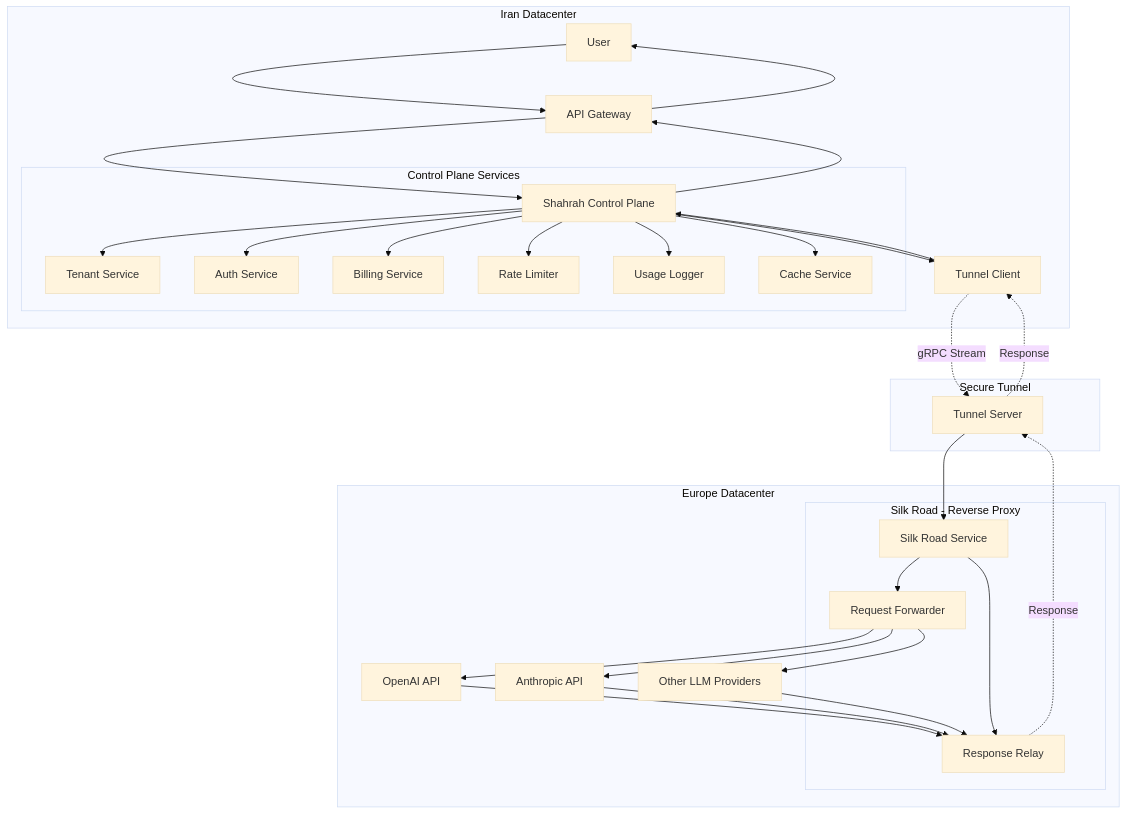
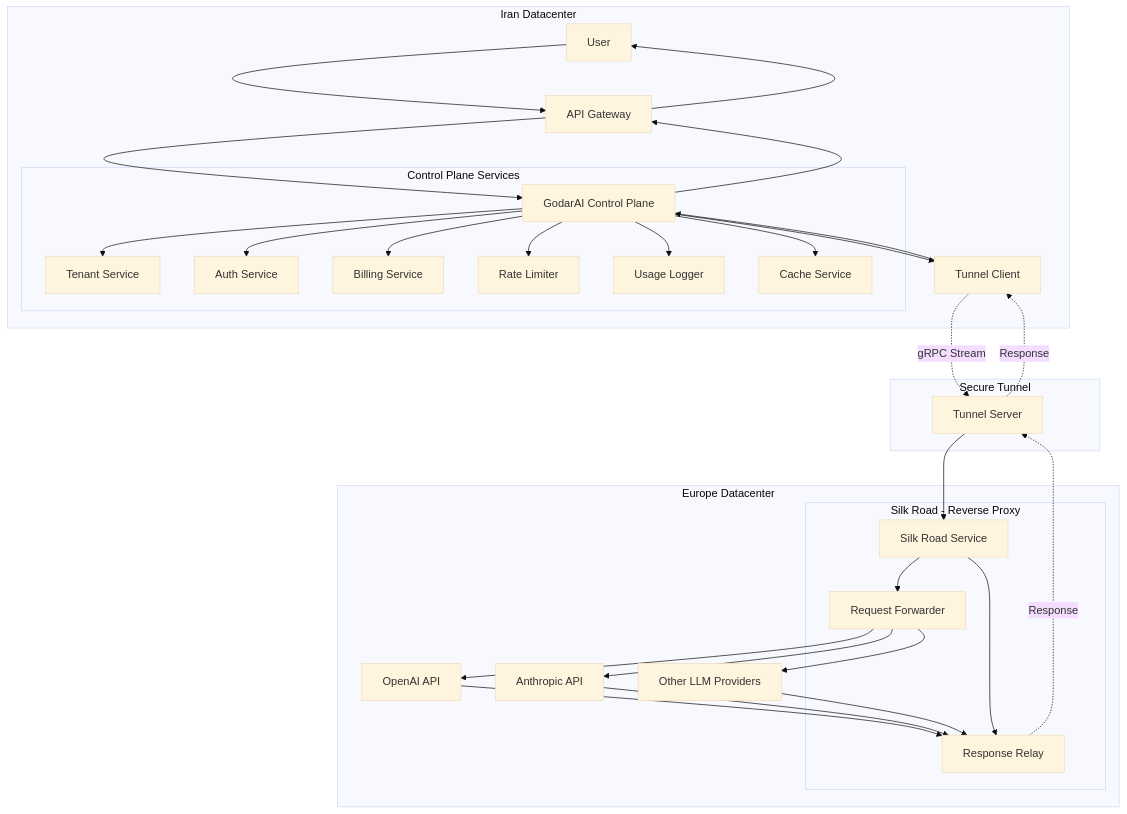
The first of 7 diagrams in plans/04_microservices_architecture.md (godarai-ir/Shahrah), drawn with Mermaid (base theme) before and after one commit. The commit also changed other lines of this file and 38 other files, not shown here.

Commit message:
chore(plans): renaming Shahrah to GodarAI

````diff
--- a/plans/04_microservices_architecture.md
+++ b/plans/04_microservices_architecture.md
@@ -11,45 +11,45 @@
 ```mermaid
 graph TB
     subgraph "Iran Datacenter"
         A[User] --> B[API Gateway]
-        B --> C[Shahrah Control Plane]
+        B --> C[GodarAI Control Plane]
         
         subgraph "Control Plane Services"
             C --> D[Tenant Service]
             C --> E[Auth Service]
             C --> F[Billing Service]
             C --> G[Rate Limiter]
             C --> H[Usage Logger]
             C --> I[Cache Service]
         end
         
         C --> J[Tunnel Client]
     end
     
     subgraph "Secure Tunnel"
         J -. gRPC Stream .-> K[Tunnel Server]
     end
     
     subgraph "Europe Datacenter"
         K --> L[Silk Road Service]
         
         subgraph "Silk Road - Reverse Proxy"
             L --> M[Request Forwarder]
             L --> N[Response Relay]
         end
         
         M --> O[OpenAI API]
         M --> P[Anthropic API]
         M --> Q[Other LLM Providers]
         
         O --> N
         P --> N
         Q --> N
         N -. Response .-> K
     end
     
     K -. Response .-> J
     J --> C
     C --> B
     B --> A
 ```
````
